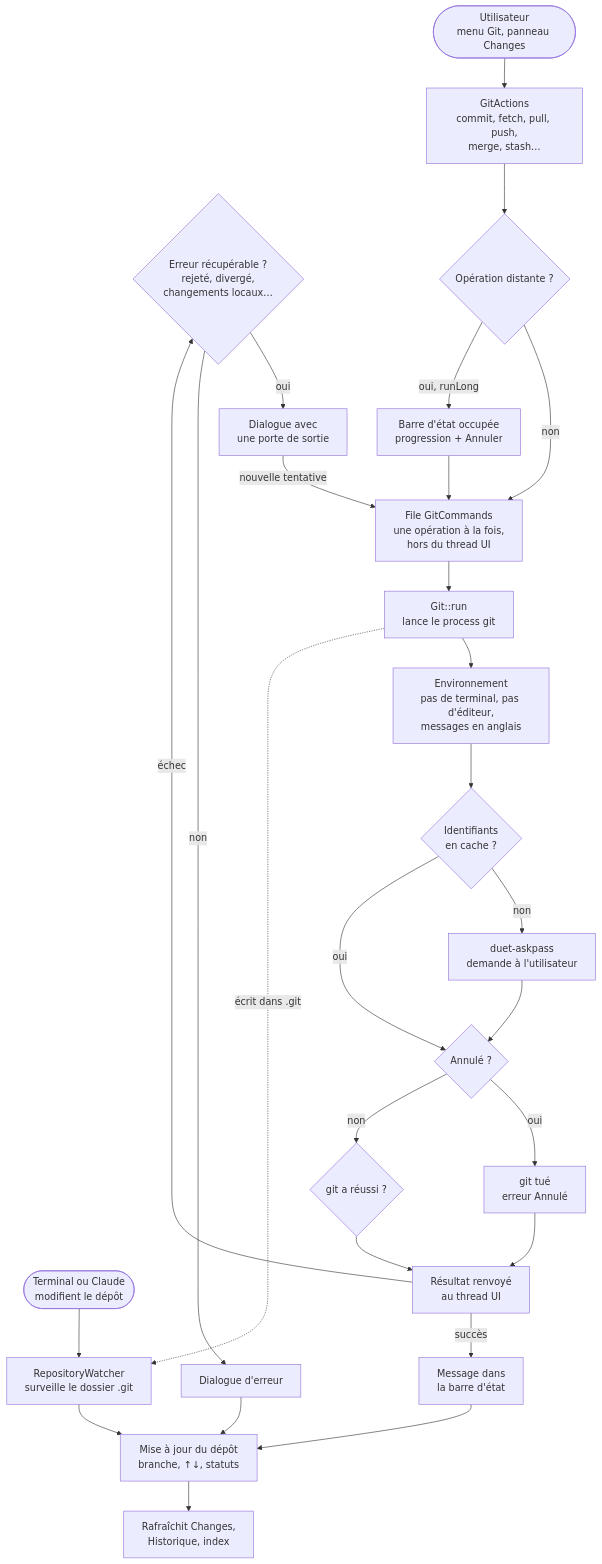
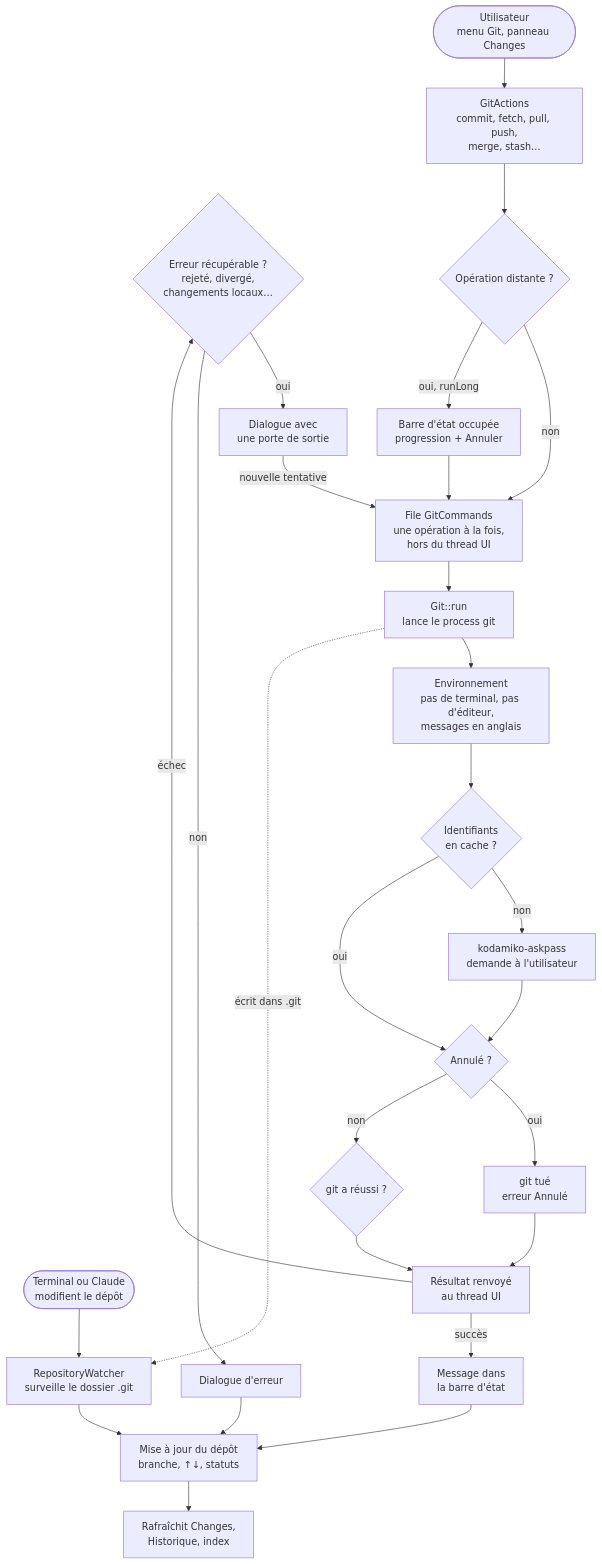
The diagram in docs/gitflow.mmd (EricPonthiaux/Kodamiko), drawn with Mermaid before and after one commit. The commit also changed 315 other files, not shown here.

First line of the commit message:
Rename Duet to Kodamiko

```diff
--- a/docs/gitflow.mmd
+++ b/docs/gitflow.mmd
@@ -1,97 +1,97 @@
 flowchart TB
   success["Message dans<br/>la barre d'état"]
   recover{"Erreur récupérable ?<br/>rejeté, divergé,<br/>changements locaux…"}
   wayout["Dialogue avec<br/>une porte de sortie"]
   failed["Dialogue d'erreur"]
   views["Rafraîchit Changes,<br/>Historique, index"]
   run["Git::run<br/>lance le process git"]
   actions["GitActions<br/>commit, fetch, pull, push,<br/>merge, stash…"]
   kind{"Opération distante ?"}
   busy["Barre d'état occupée<br/>progression + Annuler"]
   queue["File GitCommands<br/>une opération à la fois,<br/>hors du thread UI"]
   outside(["Terminal ou Claude<br/>modifient le dépôt"])
   watcher["RepositoryWatcher<br/>surveille le dossier .git"]
   env["Environnement<br/>pas de terminal, pas d'éditeur,<br/>messages en anglais"]
   back["Résultat renvoyé<br/>au thread UI"]
   refresh["Mise à jour du dépôt<br/>branche, ↑↓, statuts"]
-  askpass["duet-askpass<br/>demande à l'utilisateur"]
+  askpass["kodamiko-askpass<br/>demande à l'utilisateur"]
   creds{"Identifiants<br/>en cache ?"}
   user(["Utilisateur<br/>menu Git, panneau Changes"])
   kill["git tué<br/>erreur Annulé"]
   result{"git a réussi ?"}
   cancel{"Annulé ?"}
   user --> actions
   actions --> kind
   kind -->|non| queue
   kind -->|oui, runLong| busy
   busy --> queue
   queue --> run
   run --> env
   env --> creds
   creds -->|non| askpass
   askpass --> cancel
   creds -->|oui| cancel
   cancel -->|oui| kill
   cancel -->|non| result
   kill --> back
   result --> back
   back -->|succès| success
   back -->|échec| recover
   recover -->|oui| wayout
   wayout -->|nouvelle tentative| queue
   recover -->|non| failed
   success --> refresh
   failed --> refresh
   outside --> watcher
   run -.->|écrit dans .git| watcher
   watcher --> refresh
   refresh --> views
 
-%% Layout kept by Duet (positions, sizes, colors, curves)
-%% duet {"key":"success","x":0,"y":1089}
-%% duet {"key":"recover","x":119.5,"y":884}
-%% duet {"key":"wayout","x":328,"y":1186}
-%% duet {"key":"failed","x":182,"y":1282.9}
-%% duet {"key":"views","x":152.5,"y":1938.8}
-%% duet {"key":"run","x":497.5,"y":1518.9}
-%% duet {"key":"actions","x":595,"y":718.1}
-%% duet {"key":"kind","x":515.5,"y":912}
-%% duet {"key":"busy","x":645.5,"y":1186}
-%% duet {"key":"queue","x":480.5,"y":1371.9}
-%% duet {"key":"outside","x":300,"y":1518.9}
-%% duet {"key":"watcher","x":295.5,"y":1674.9}
-%% duet {"key":"env","x":648,"y":1664.9}
-%% duet {"key":"back","x":198,"y":728.1}
-%% duet {"key":"refresh","x":147.5,"y":1811.9}
-%% duet {"key":"askpass","x":315.9,"y":200}
-%% duet {"fill":"#4527a0","key":"creds","x":506,"y":0}
-%% duet {"key":"user","x":614.5,"y":565.1}
-%% duet {"key":"kill","x":167.5,"y":565.1}
-%% duet {"key":"result","x":336.7,"y":551.8}
-%% duet {"key":"cancel","x":319.9,"y":356.8}
-%% duet {"c":[713.1,633.3,709.5,654.5,704.7,682.2,700.6,706.5],"e":[698.6,717.8],"link":"user>actions","n":0}
-%% duet {"c":[688,806.4,686.2,834,683.8,870.2,681.7,901.7],"e":[680.9,913.1],"link":"actions>kind","n":0}
-%% duet {"c":[663.5,1027.3,642.8,1112.6,603.2,1275.3,582.5,1360.6],"e":[579.8,1371.6],"link":"kind>queue","lp":[607.5,1220],"n":0}
-%% duet {"c":[689.3,1027.7,699.2,1071.9,712.7,1133,721.9,1174.4],"e":[724.4,1185.5],"link":"kind>busy","lp":[757.2,1123],"n":0}
-%% duet {"c":[703.6,1254.1,678.6,1284.1,641.9,1328.3,613.1,1362.9],"e":[605.9,1371.5],"link":"busy>queue","n":0}
-%% duet {"c":[570.6,1460.4,571.2,1475.4,571.8,1492.3,572.3,1507.4],"e":[572.7,1518.6],"link":"queue>run","n":0}
-%% duet {"c":[614.6,1587.1,639,1607.7,670.5,1634.2,697.8,1657.3],"e":[706.5,1664.7],"link":"run>env","n":0}
-%% duet {"c":[770.1,1664.5,807.1,1510,918.3,982.8,827.2,561.4,792.1,399,707.2,221.7,659.7,130.3],"e":[654.4,120.1],"link":"env>creds","n":0}
-%% duet {"c":[574,106.9,539.6,132.7,494.6,166.5,459.5,192.7],"e":[450.4,199.6],"link":"creds>askpass","n":0}
-%% duet {"c":[411.1,268.4,415.6,291.5,421.6,322.7,427,350.5],"e":[429.2,361.7],"link":"askpass>cancel","n":0}
-%% duet {"c":[597.9,120.6,565.5,181.4,512.1,281.5,476.5,348.3],"e":[465.4,369.1],"link":"creds>cancel","n":0,"width":4}
-%% duet {"c":[395.5,455,360.7,485,312.3,526.6,276.4,557.5],"e":[268.1,564.6],"link":"cancel>kill","n":0}
-%% duet {"c":[444.9,474.8,446.7,496.1,448.8,520.5,450.7,542.7],"e":[451.7,554.1],"link":"cancel>result","n":0}
-%% duet {"c":[236.4,633.3,242.3,657.5,250.4,690.4,256.9,716.8],"e":[259.6,727.7],"link":"kill>back","n":0}
-%% duet {"c":[410,649,382.8,670.7,348.3,698.2,320.1,720.6],"e":[311.2,727.7],"link":"result>back","n":0}
-%% duet {"c":[237.5,796.5,203.8,835.9,149.9,903.4,115.2,968.8,96.6,1003.8,82.2,1046.4,72.9,1078],"e":[69.9,1088.7],"link":"back>success","lp":[164,845],"n":0}
-%% duet {"c":[272.6,796.3,275.5,818.7,279.6,849,283.5,878.2],"e":[285,889.3],"link":"back>recover","lp":[302.3,845],"n":0}
-%% duet {"c":[327.8,1044.4,346.5,1086.8,369.4,1139,385.4,1175.5],"e":[390,1185.8],"link":"recover>wayout","lp":[390.3,1123],"n":0}
-%% duet {"c":[433.6,1254.1,458.7,1284.1,495.7,1328.3,524.6,1362.9],"e":[531.8,1371.5],"link":"wayout>queue","lp":[482,1312.9],"n":0}
-%% duet {"c":[285.7,1055.4,277.3,1123.7,265.7,1217.6,259.1,1271.1],"e":[257.7,1282.5],"link":"recover>failed","lp":[297.7,1123],"n":0}
-%% duet {"c":[69,1157.4,96.7,1275.8,188.2,1667.1,219.4,1800.7],"e":[222,1811.7],"link":"success>refresh","n":0}
-%% duet {"c":[252.6,1343.1,248.6,1432.1,236.8,1694.1,232,1800.4],"e":[231.5,1811.6],"link":"failed>refresh","n":0}
-%% duet {"c":[378.1,1587.1,378.8,1609.4,379.7,1638.7,380.5,1663],"e":[380.9,1674.5],"link":"outside>watcher","n":0}
-%% duet {"c":[531.9,1587.1,502.8,1610.7,464.1,1642.2,433.2,1667.3],"e":[424.4,1674.5],"link":"run>watcher","lp":[537.7,1625.9],"n":0}
-%% duet {"c":[344,1743.1,323.5,1761.6,298.1,1784.5,276.4,1804.1],"e":[268,1811.6],"link":"watcher>refresh","n":0}
-%% duet {"c":[230,1880.2,230,1894.6,230,1911.6,230,1927],"e":[230,1938.4],"link":"refresh>views","n":0}
+%% Layout kept by Kodamiko (positions, sizes, colors, curves)
+%% kodamiko {"key":"success","x":0,"y":1089}
+%% kodamiko {"key":"recover","x":119.5,"y":884}
+%% kodamiko {"key":"wayout","x":328,"y":1186}
+%% kodamiko {"key":"failed","x":182,"y":1282.9}
+%% kodamiko {"key":"views","x":152.5,"y":1938.8}
+%% kodamiko {"key":"run","x":497.5,"y":1518.9}
+%% kodamiko {"key":"actions","x":595,"y":718.1}
+%% kodamiko {"key":"kind","x":515.5,"y":912}
+%% kodamiko {"key":"busy","x":645.5,"y":1186}
+%% kodamiko {"key":"queue","x":480.5,"y":1371.9}
+%% kodamiko {"key":"outside","x":300,"y":1518.9}
+%% kodamiko {"key":"watcher","x":295.5,"y":1674.9}
+%% kodamiko {"key":"env","x":648,"y":1664.9}
+%% kodamiko {"key":"back","x":198,"y":728.1}
+%% kodamiko {"key":"refresh","x":147.5,"y":1811.9}
+%% kodamiko {"key":"askpass","x":315.9,"y":200}
+%% kodamiko {"fill":"#4527a0","key":"creds","x":506,"y":0}
+%% kodamiko {"key":"user","x":614.5,"y":565.1}
+%% kodamiko {"key":"kill","x":167.5,"y":565.1}
+%% kodamiko {"key":"result","x":336.7,"y":551.8}
+%% kodamiko {"key":"cancel","x":319.9,"y":356.8}
+%% kodamiko {"c":[713.1,633.3,709.5,654.5,704.7,682.2,700.6,706.5],"e":[698.6,717.8],"link":"user>actions","n":0}
+%% kodamiko {"c":[688,806.4,686.2,834,683.8,870.2,681.7,901.7],"e":[680.9,913.1],"link":"actions>kind","n":0}
+%% kodamiko {"c":[663.5,1027.3,642.8,1112.6,603.2,1275.3,582.5,1360.6],"e":[579.8,1371.6],"link":"kind>queue","lp":[607.5,1220],"n":0}
+%% kodamiko {"c":[689.3,1027.7,699.2,1071.9,712.7,1133,721.9,1174.4],"e":[724.4,1185.5],"link":"kind>busy","lp":[757.2,1123],"n":0}
+%% kodamiko {"c":[703.6,1254.1,678.6,1284.1,641.9,1328.3,613.1,1362.9],"e":[605.9,1371.5],"link":"busy>queue","n":0}
+%% kodamiko {"c":[570.6,1460.4,571.2,1475.4,571.8,1492.3,572.3,1507.4],"e":[572.7,1518.6],"link":"queue>run","n":0}
+%% kodamiko {"c":[614.6,1587.1,639,1607.7,670.5,1634.2,697.8,1657.3],"e":[706.5,1664.7],"link":"run>env","n":0}
+%% kodamiko {"c":[770.1,1664.5,807.1,1510,918.3,982.8,827.2,561.4,792.1,399,707.2,221.7,659.7,130.3],"e":[654.4,120.1],"link":"env>creds","n":0}
+%% kodamiko {"c":[574,106.9,539.6,132.7,494.6,166.5,459.5,192.7],"e":[450.4,199.6],"link":"creds>askpass","n":0}
+%% kodamiko {"c":[411.1,268.4,415.6,291.5,421.6,322.7,427,350.5],"e":[429.2,361.7],"link":"askpass>cancel","n":0}
+%% kodamiko {"c":[597.9,120.6,565.5,181.4,512.1,281.5,476.5,348.3],"e":[465.4,369.1],"link":"creds>cancel","n":0,"width":4}
+%% kodamiko {"c":[395.5,455,360.7,485,312.3,526.6,276.4,557.5],"e":[268.1,564.6],"link":"cancel>kill","n":0}
+%% kodamiko {"c":[444.9,474.8,446.7,496.1,448.8,520.5,450.7,542.7],"e":[451.7,554.1],"link":"cancel>result","n":0}
+%% kodamiko {"c":[236.4,633.3,242.3,657.5,250.4,690.4,256.9,716.8],"e":[259.6,727.7],"link":"kill>back","n":0}
+%% kodamiko {"c":[410,649,382.8,670.7,348.3,698.2,320.1,720.6],"e":[311.2,727.7],"link":"result>back","n":0}
+%% kodamiko {"c":[237.5,796.5,203.8,835.9,149.9,903.4,115.2,968.8,96.6,1003.8,82.2,1046.4,72.9,1078],"e":[69.9,1088.7],"link":"back>success","lp":[164,845],"n":0}
+%% kodamiko {"c":[272.6,796.3,275.5,818.7,279.6,849,283.5,878.2],"e":[285,889.3],"link":"back>recover","lp":[302.3,845],"n":0}
+%% kodamiko {"c":[327.8,1044.4,346.5,1086.8,369.4,1139,385.4,1175.5],"e":[390,1185.8],"link":"recover>wayout","lp":[390.3,1123],"n":0}
+%% kodamiko {"c":[433.6,1254.1,458.7,1284.1,495.7,1328.3,524.6,1362.9],"e":[531.8,1371.5],"link":"wayout>queue","lp":[482,1312.9],"n":0}
+%% kodamiko {"c":[285.7,1055.4,277.3,1123.7,265.7,1217.6,259.1,1271.1],"e":[257.7,1282.5],"link":"recover>failed","lp":[297.7,1123],"n":0}
+%% kodamiko {"c":[69,1157.4,96.7,1275.8,188.2,1667.1,219.4,1800.7],"e":[222,1811.7],"link":"success>refresh","n":0}
+%% kodamiko {"c":[252.6,1343.1,248.6,1432.1,236.8,1694.1,232,1800.4],"e":[231.5,1811.6],"link":"failed>refresh","n":0}
+%% kodamiko {"c":[378.1,1587.1,378.8,1609.4,379.7,1638.7,380.5,1663],"e":[380.9,1674.5],"link":"outside>watcher","n":0}
+%% kodamiko {"c":[531.9,1587.1,502.8,1610.7,464.1,1642.2,433.2,1667.3],"e":[424.4,1674.5],"link":"run>watcher","lp":[537.7,1625.9],"n":0}
+%% kodamiko {"c":[344,1743.1,323.5,1761.6,298.1,1784.5,276.4,1804.1],"e":[268,1811.6],"link":"watcher>refresh","n":0}
+%% kodamiko {"c":[230,1880.2,230,1894.6,230,1911.6,230,1927],"e":[230,1938.4],"link":"refresh>views","n":0}
```
